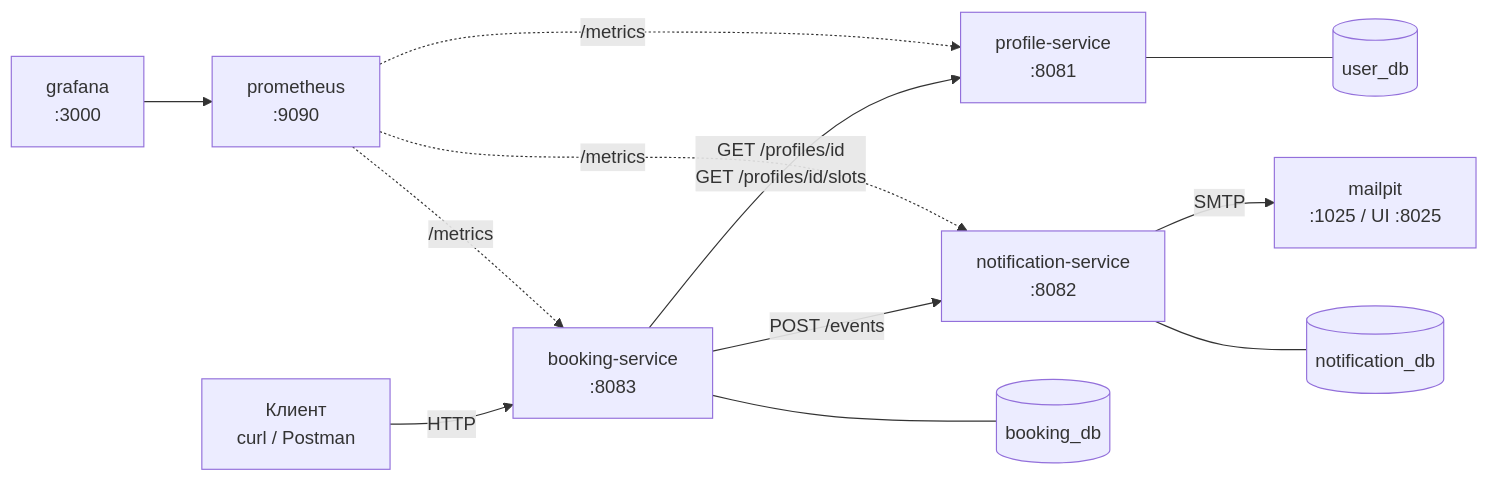
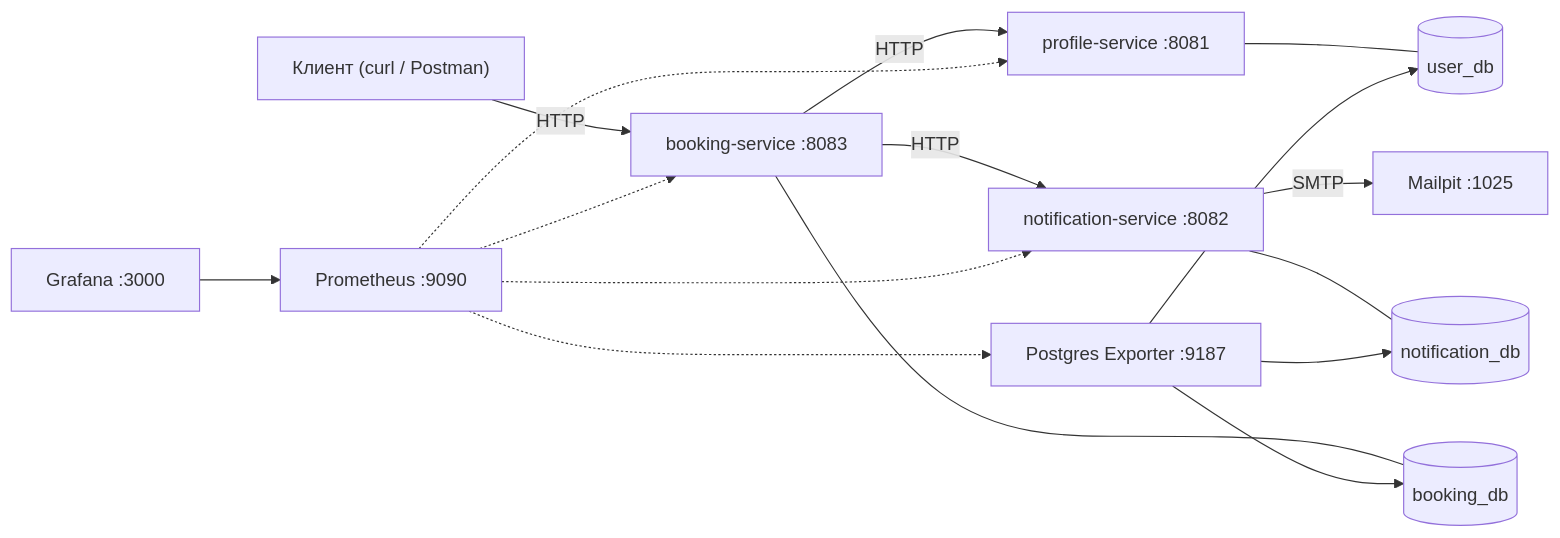
The diagram in README.md (mirskow/booking-microservices), drawn with Mermaid before and after one commit.

Commit message:
fixed diagram

````diff
--- a/README.md
+++ b/README.md
@@ -30,16 +30,21 @@
 ```mermaid
 flowchart LR
-    C[Клиент<br/>curl / Postman] -->|HTTP| B[booking-service<br/>:8083]
-    B -->|GET /profiles/id<br/>GET /profiles/id/slots| P[profile-service<br/>:8081]
-    B -->|POST /events| N[notification-service<br/>:8082]
-    N -->|SMTP| M[mailpit<br/>:1025 / UI :8025]
+    C["Клиент (curl / Postman)"] -->|HTTP| B["booking-service :8083"]
+    B -->|HTTP| P["profile-service :8081"]
+    B -->|HTTP| N["notification-service :8082"]
+    N -->|SMTP| M["Mailpit :1025"]
 
-    P --- PDB[(user_db)]
-    B --- BDB[(booking_db)]
-    N --- NDB[(notification_db)]
+    P --- PDB[("user_db")]
+    B --- BDB[("booking_db")]
+    N --- NDB[("notification_db")]
 
-    PR[prometheus<br/>:9090] -.->|/metrics| B
-    PR -.->|/metrics| P
-    PR -.->|/metrics| N
-    G[grafana<br/>:3000] --> PR
+    PR["Prometheus :9090"] -.-> B
+    PR -.-> P
+    PR -.-> N
+    PR -.-> PE["Postgres Exporter :9187"]
+    PE --> PDB
+    PE --> BDB
+    PE --> NDB
+
+    G["Grafana :3000"] --> PR
 ```
````
